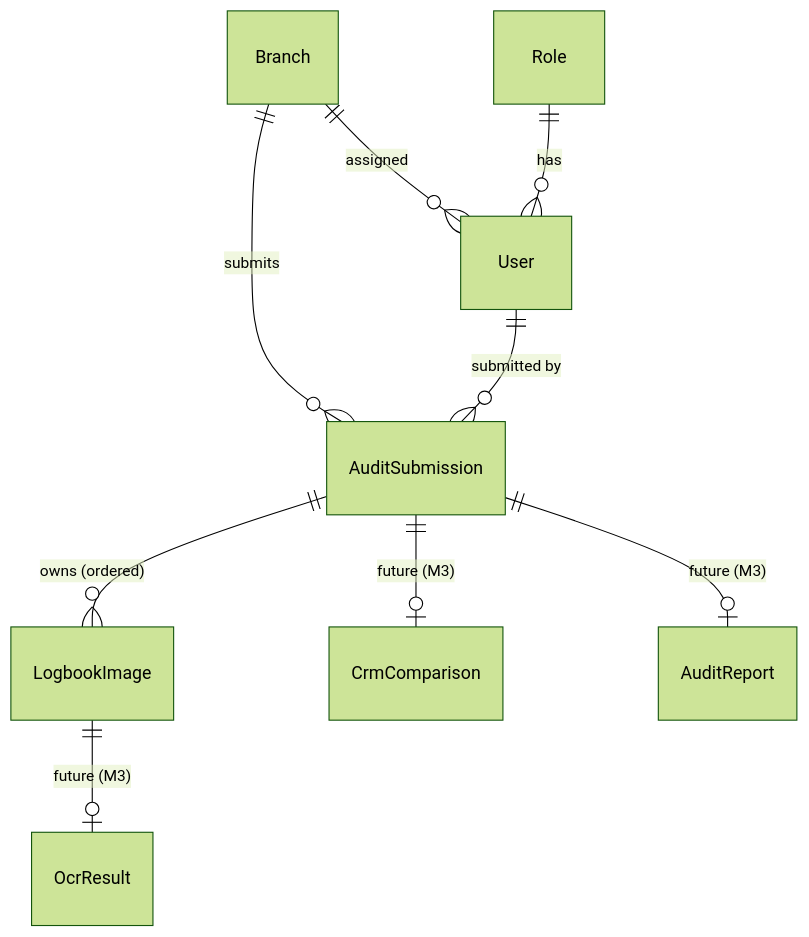
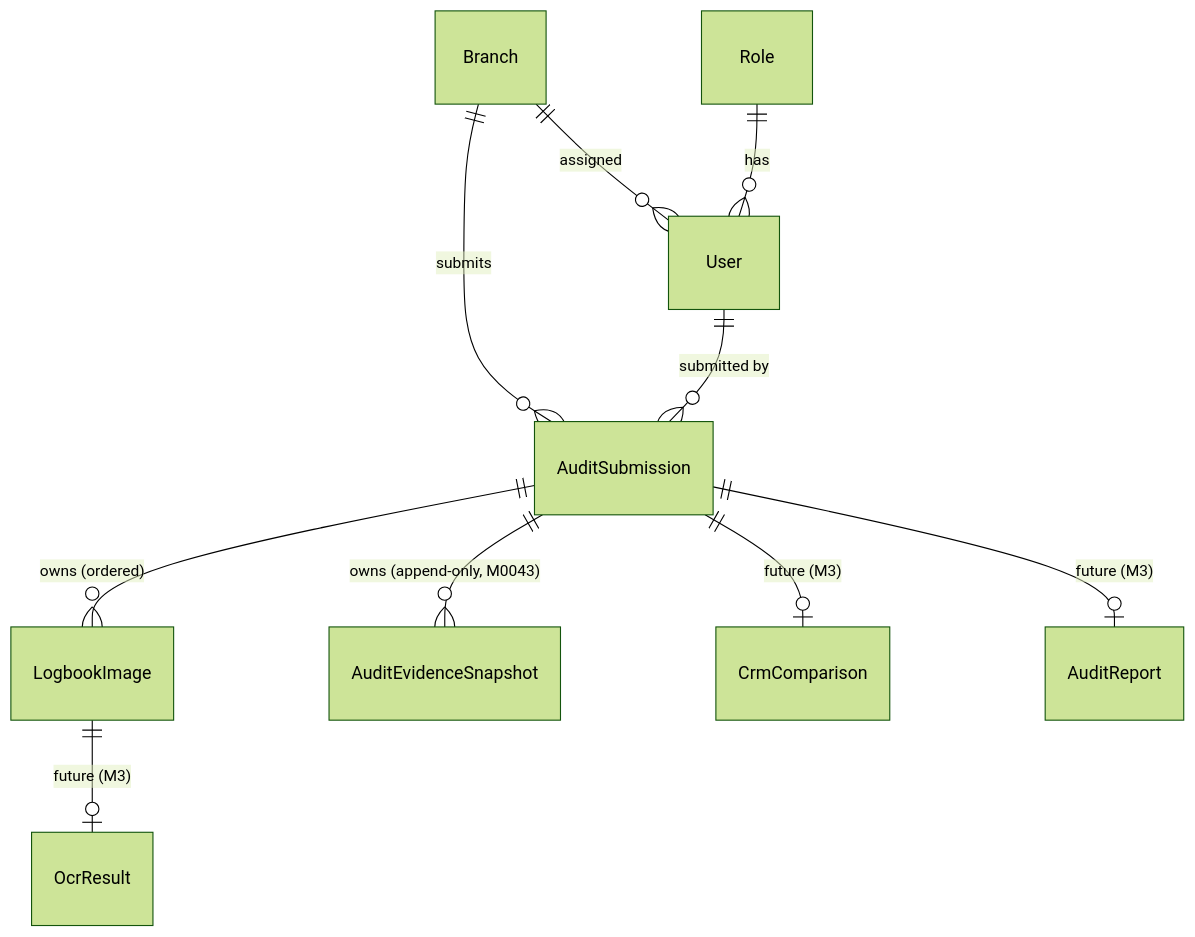
One commit to jomarvasquez14-oss/fermosa-ai-platform changed the third of 7 diagrams in docs/DOMAIN_MODEL.md. Above: the diagram before and after it, drawn with Mermaid (forest theme). The commit also changed other lines of this file and 18 other files, not shown here.

First line of the commit message:
M0043: audit evidence snapshot engine

````diff
--- a/docs/DOMAIN_MODEL.md
+++ b/docs/DOMAIN_MODEL.md
@@ -229,11 +251,12 @@
 ```mermaid
 erDiagram
     Branch ||--o{ AuditSubmission : "submits"
     User   ||--o{ AuditSubmission : "submitted by"
     AuditSubmission ||--o{ LogbookImage : "owns (ordered)"
+    AuditSubmission ||--o{ AuditEvidenceSnapshot : "owns (append-only, M0043)"
     LogbookImage ||--o| OcrResult : "future (M3)"
     AuditSubmission ||--o| CrmComparison : "future (M3)"
     AuditSubmission ||--o| AuditReport : "future (M3)"
     Role   ||--o{ User : "has"
     Branch ||--o{ User : "assigned"
 ```
````
